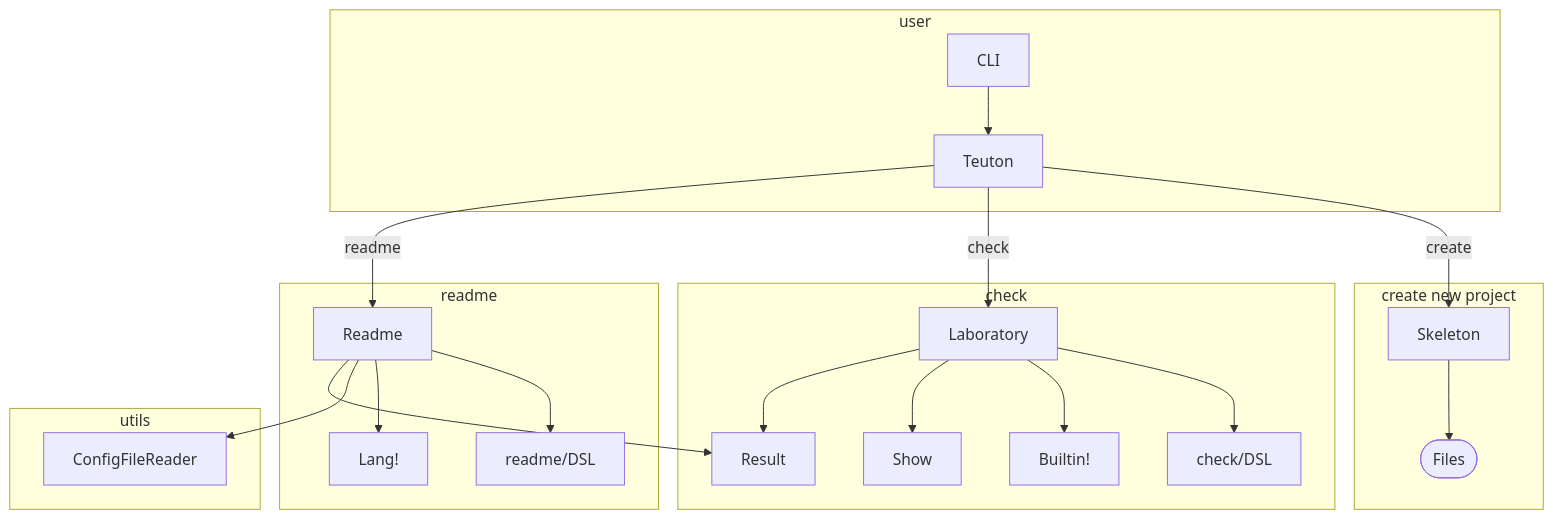
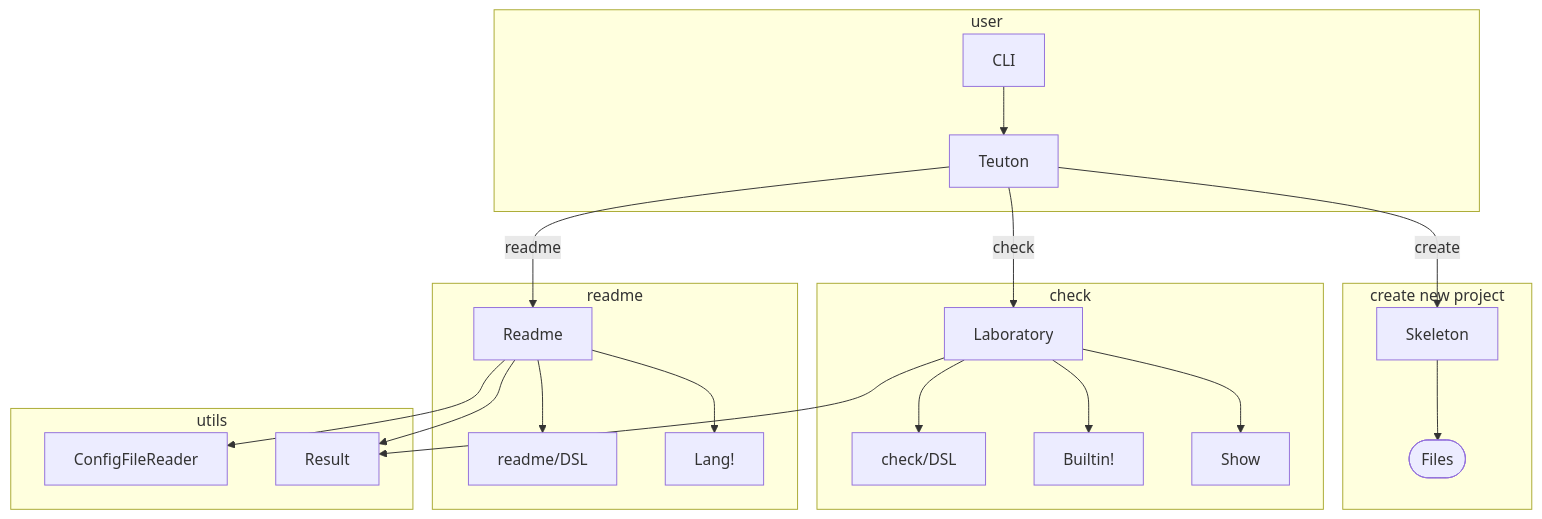
Before and after one commit to teuton-software/teuton: the first of 2 diagrams in docs/diagram.md, drawn with Mermaid. The commit also changed other lines of this file, not shown here.

````diff
--- a/docs/diagram.md
+++ b/docs/diagram.md
@@ -5,33 +5,33 @@
 ```mermaid
 flowchart TB
 
 subgraph user
   CLI --> Teuton
 end
 
 subgraph "create new project"
   Teuton -- create --> Skeleton
   Skeleton --> Files([Files])
 end
 
 subgraph check
   Teuton -- check --> Laboratory
 
   Laboratory --> check/DSL
   Laboratory --> Builtin!
   Laboratory --> Show
-  Laboratory --> Result
 end
 
 subgraph readme
   Teuton -- readme --> Readme
 
   Readme --> readme/DSL
   Readme --> Lang!  
 end
 
 subgraph utils
   Readme --> ConfigFileReader
   Readme --> Result
+  Laboratory --> Result
 end
 ```
````
